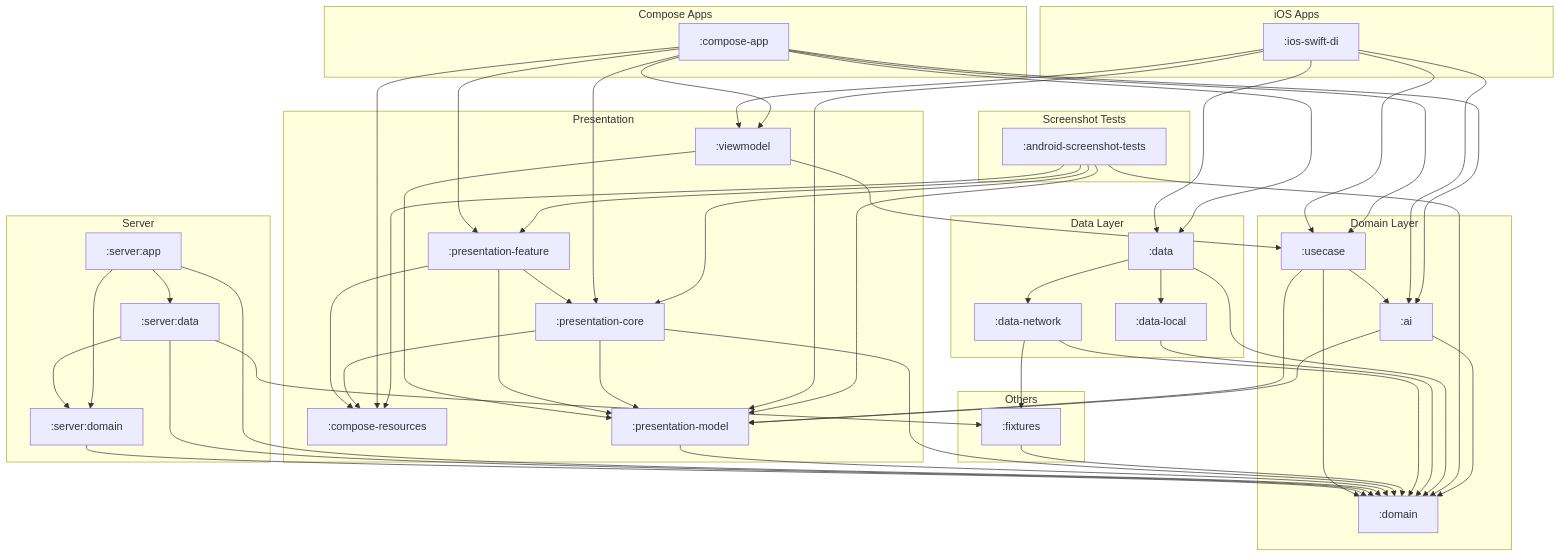
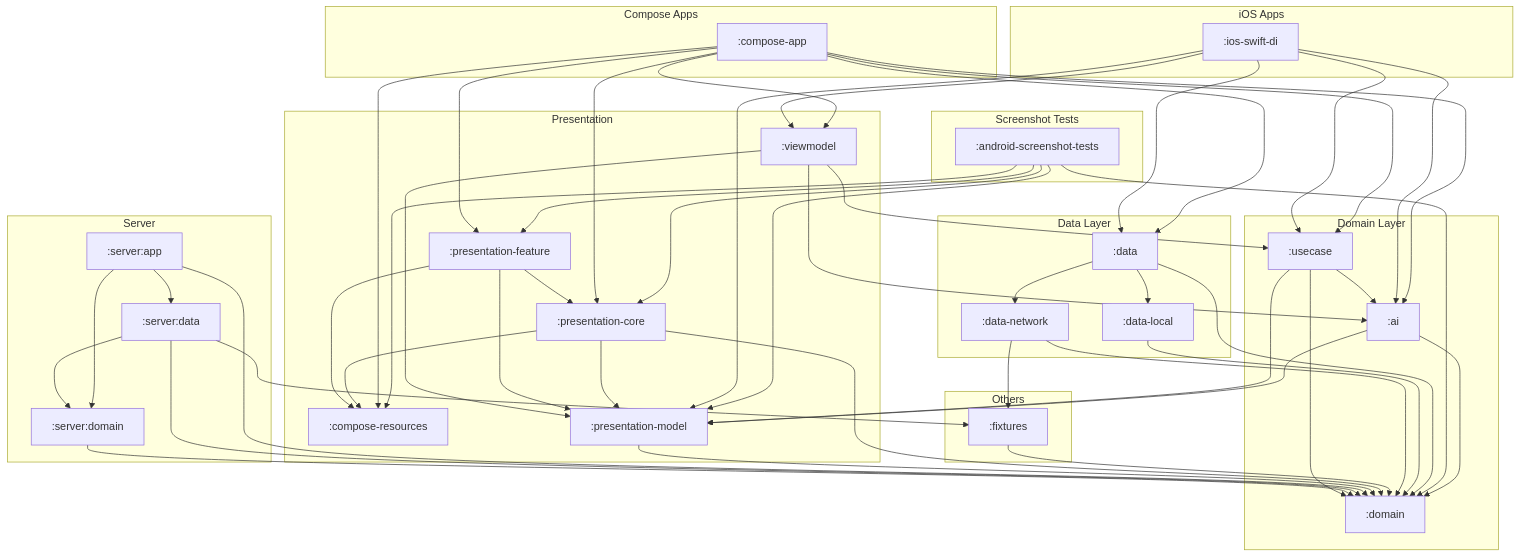
One commit to cartland/battery-butler changed the diagram in docs/diagrams/kotlin_module_structure.mmd. Above: the diagram before and after it, drawn with Mermaid. The commit also changed 7 other files, not shown here.

```diff
--- a/docs/diagrams/kotlin_module_structure.mmd
+++ b/docs/diagrams/kotlin_module_structure.mmd
@@ -1,104 +1,105 @@
 graph TD
     subgraph "iOS Apps"
         IosSwiftDi[":ios-swift-di"]
     end
 
     subgraph "Compose Apps"
         ComposeApp[":compose-app"]
     end
 
     subgraph "Server"
         ServerApp[":server:app"]
         ServerData[":server:data"]
         ServerDomain[":server:domain"]
     end
 
     subgraph "Presentation"
         ComposeResources[":compose-resources"]
         PresentationCore[":presentation-core"]
         PresentationFeature[":presentation-feature"]
         PresentationModel[":presentation-model"]
         Viewmodel[":viewmodel"]
     end
 
     subgraph "Domain Layer"
         Ai[":ai"]
         Domain[":domain"]
         Usecase[":usecase"]
     end
 
     subgraph "Data Layer"
         Data[":data"]
         DataLocal[":data-local"]
         DataNetwork[":data-network"]
     end
 
     subgraph "Screenshot Tests"
         AndroidScreenshotTests[":android-screenshot-tests"]
     end
 
     subgraph "Others"
         Fixtures[":fixtures"]
     end
 
     %% Dependencies
     Ai --> Domain
     Ai --> PresentationModel
 
     AndroidScreenshotTests --> ComposeResources
     AndroidScreenshotTests --> Domain
     AndroidScreenshotTests --> PresentationCore
     AndroidScreenshotTests --> PresentationFeature
     AndroidScreenshotTests --> PresentationModel
 
     ComposeApp --> Ai
     ComposeApp --> ComposeResources
     ComposeApp --> Data
     ComposeApp --> PresentationCore
     ComposeApp --> PresentationFeature
     ComposeApp --> Usecase
     ComposeApp --> Viewmodel
 
     Data --> DataLocal
     Data --> DataNetwork
     Data --> Domain
 
     DataLocal --> Domain
 
     DataNetwork --> Domain
     DataNetwork --> Fixtures
 
     Fixtures --> Domain
 
     IosSwiftDi --> Ai
     IosSwiftDi --> Data
     IosSwiftDi --> PresentationModel
     IosSwiftDi --> Usecase
     IosSwiftDi --> Viewmodel
 
     PresentationCore --> ComposeResources
     PresentationCore --> Domain
     PresentationCore --> PresentationModel
 
     PresentationFeature --> ComposeResources
     PresentationFeature --> PresentationCore
     PresentationFeature --> PresentationModel
 
     PresentationModel --> Domain
 
     ServerApp --> Domain
     ServerApp --> ServerData
     ServerApp --> ServerDomain
 
     ServerData --> Domain
     ServerData --> Fixtures
     ServerData --> ServerDomain
 
     ServerDomain --> Domain
 
     Usecase --> Ai
     Usecase --> Domain
     Usecase --> PresentationModel
 
+    Viewmodel --> Ai
     Viewmodel --> PresentationModel
     Viewmodel --> Usecase
```
